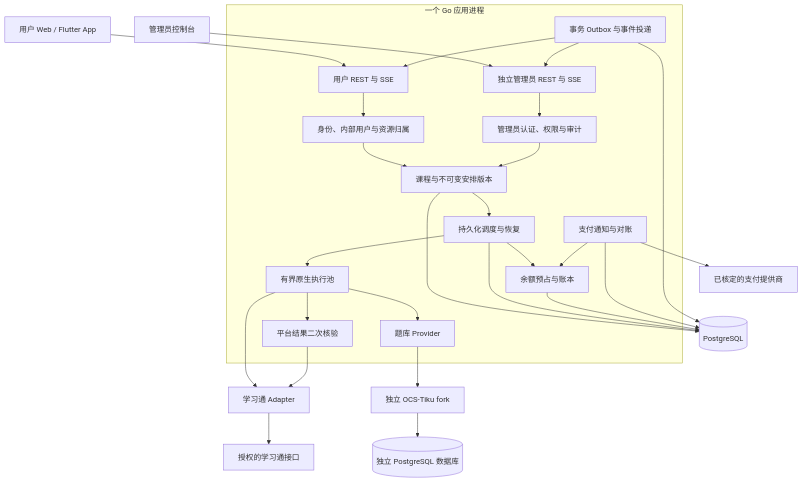
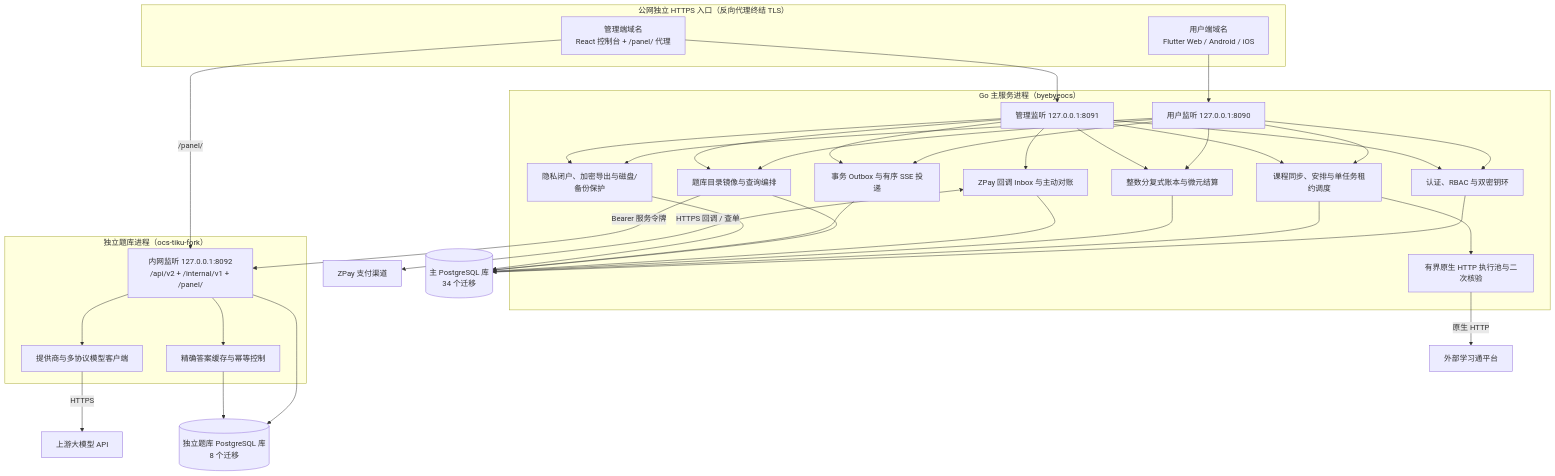
Before and after one commit to onprs/ByebyeOCS: the diagram in docs/architecture/overview.md, drawn with Mermaid. The commit also changed other lines of this file and 58 other files, not shown here.

````diff
--- a/docs/architecture/overview.md
+++ b/docs/architecture/overview.md
@@ -13,31 +15,42 @@
 ```mermaid
 flowchart TB
-    U[用户 Web / Flutter App] --> UA[用户 REST 与 SSE]
-    A[管理员控制台] --> AA[独立管理员 REST 与 SSE]
-    subgraph Go[一个 Go 应用进程]
-      UA --> ID[身份、内部用户与资源归属]
-      AA --> RB[管理员认证、权限与审计]
-      ID --> CP[课程与不可变安排版本]
-      RB --> CP
-      CP --> SC[持久化调度与恢复]
-      SC --> EX[有界原生执行池]
-      EX --> PV[平台结果二次核验]
-      SC --> BW[余额预占与账本]
-      PG[支付通知与对账] --> BW
-      EX --> TP[题库 Provider]
-      EV[事务 Outbox 与事件投递]
+    subgraph Public["公网独立 HTTPS 入口（反向代理终结 TLS）"]
+      UW[用户端域名<br/>Flutter Web / Android / iOS]
+      AW[管理端域名<br/>React 控制台 + /panel/ 代理]
     end
-    EX --> CX[学习通 Adapter]
-    PV --> CX
-    CX --> Platform[授权的学习通接口]
-    TP --> OCS[独立 OCS-Tiku fork]
-    OCS --> ODB[(独立 PostgreSQL 数据库)]
-    PG --> Pay[已核定的支付提供商]
-    CP --> DB[(PostgreSQL)]
-    SC --> DB
-    BW --> DB
-    PG --> DB
-    EV --> DB
-    EV --> UA
-    EV --> AA
+
+    subgraph MainProc["Go 主服务进程（byebyeocs）"]
+      UL[用户监听 127.0.0.1:8090]
+      AL[管理监听 127.0.0.1:8091]
+      AU[认证、RBAC 与双密钥环]
+      LN[课程同步、安排与单任务租约调度]
+      EX[有界原生 HTTP 执行池与二次核验]
+      LG[整数分复式账本与微元结算]
+      PY[ZPay 回调 Inbox 与主动对账]
+      QB[题库目录镜像与查询编排]
+      EV[事务 Outbox 与有序 SSE 投递]
+      OP[隐私闭户、加密导出与磁盘/备份保护]
+    end
+
+    subgraph TikuProc["独立题库进程（ocs-tiku-fork）"]
+      TL[内网监听 127.0.0.1:8092<br/>/api/v2 + /internal/v1 + /panel/]
+      TC[精确答案缓存与幂等控制]
+      TM[提供商与多协议模型客户端]
+    end
+
+    UW --> UL
+    AW --> AL
+    AW -->|/panel/| TL
+
+    UL --> AU & LN & LG & QB & EV & OP
+    AL --> AU & LN & LG & PY & QB & EV & OP
+    LN --> EX
+    EX -->|原生 HTTP| CX[外部学习通平台]
+    PY <-->|HTTPS 回调 / 查单| ZP[ZPay 支付渠道]
+    QB -->|Bearer 服务令牌| TL
+    TL --> TC & TM
+    TM -->|HTTPS| LLM[上游大模型 API]
+
+    AU & LN & LG & PY & QB & EV & OP --> MDB[(主 PostgreSQL 库<br/>34 个迁移)]
+    TL & TC --> TDB[(独立题库 PostgreSQL 库<br/>8 个迁移)]
 ```
````
